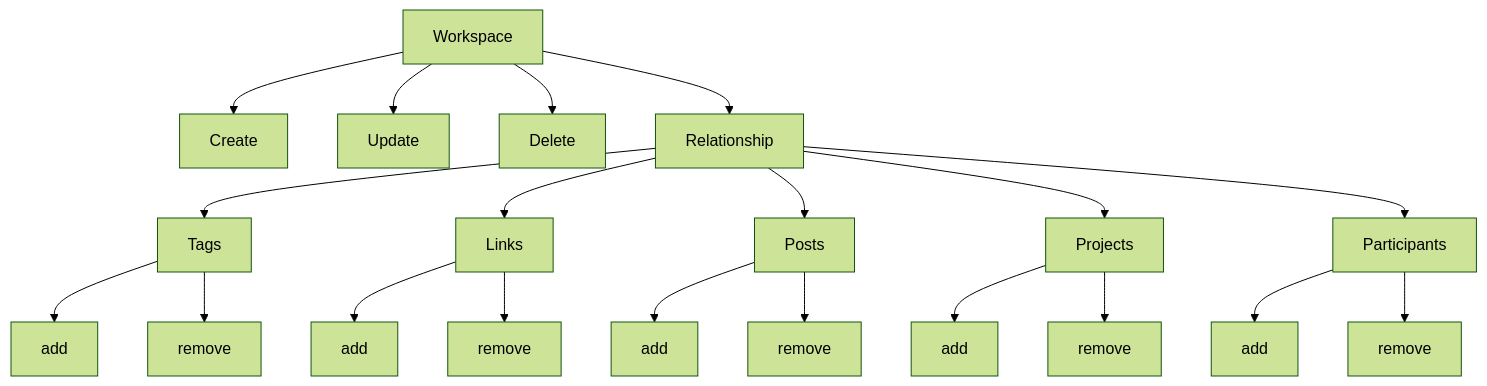
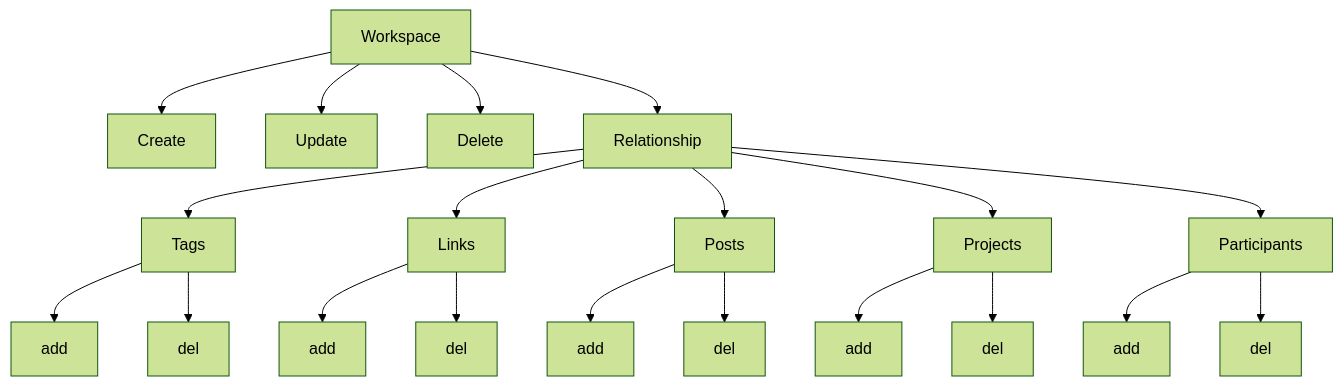
Before and after one commit to DviDev/workspace-module: the second of 2 diagrams in README.md, drawn with Mermaid (forest theme). The commit also changed other lines of this file and 4 other files, not shown here.

````diff
--- a/README.md
+++ b/README.md
@@ -12,23 +12,23 @@
 ```mermaid
 graph TD;
     Workspace-->Create;
     Workspace-->Update;
     Workspace-->Delete;
     Workspace-->Relationship;
     Relationship-->Tags;
     Tags-->TagsAdd[add];
-    Tags-->TagsRemove[remove];
+    Tags-->TagsDel[del];
     Relationship-->Links;
     Links-->LinkAdd[add];
-    Links-->RemoveLink[remove];
+    Links-->LinkDel[del];
     Relationship-->Posts;
-    Posts-->AddPost[add];
-    Posts-->RemovePost[remove];
+    Posts-->PostAdd[add];
+    Posts-->PostDel[del];
     Relationship-->Projects;
-    Projects-->AddProject[add];
-    Projects-->RemoveProject[remove];
+    Projects-->ProjectAdd[add];
+    Projects-->ProjectDel[del];
     Relationship-->Participants;
-    Participants-->AddParticipant[add];
-    Participants-->RemoveParticipant[remove];
+    Participants-->ParticipantAdd[add];
+    Participants-->ParticipantDel[del];
     
 ```
````
